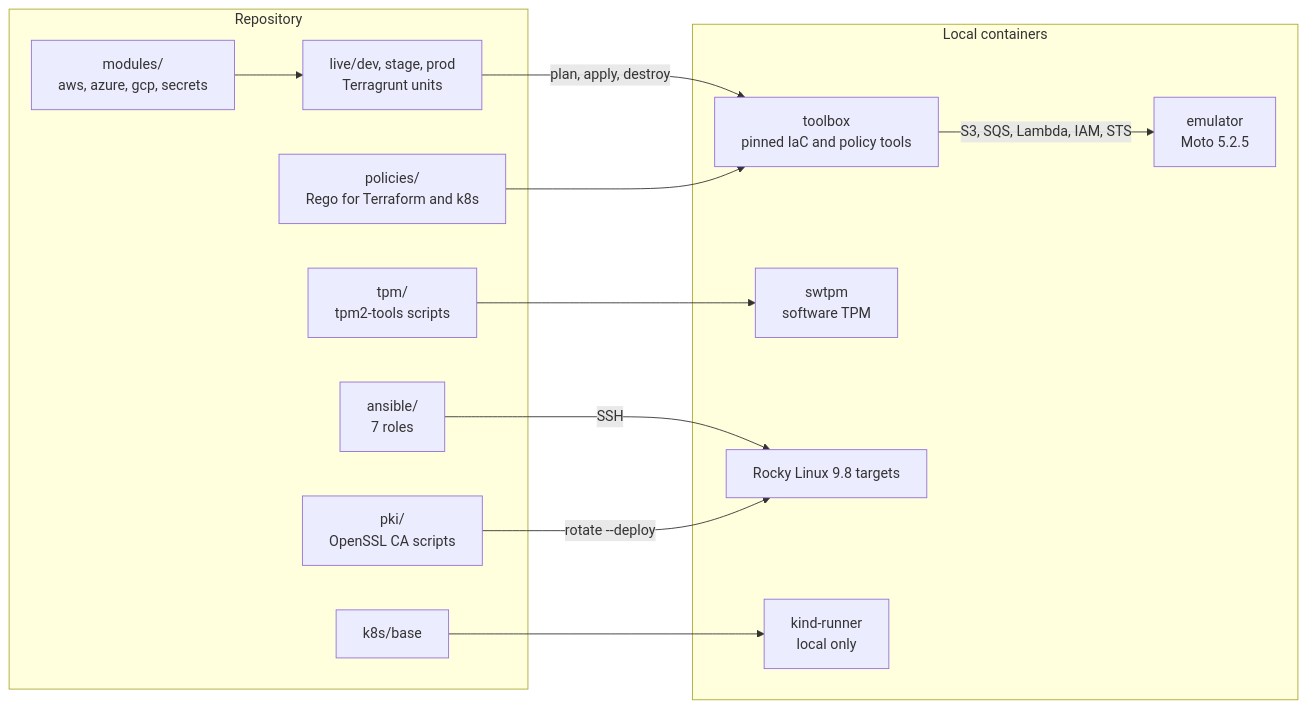
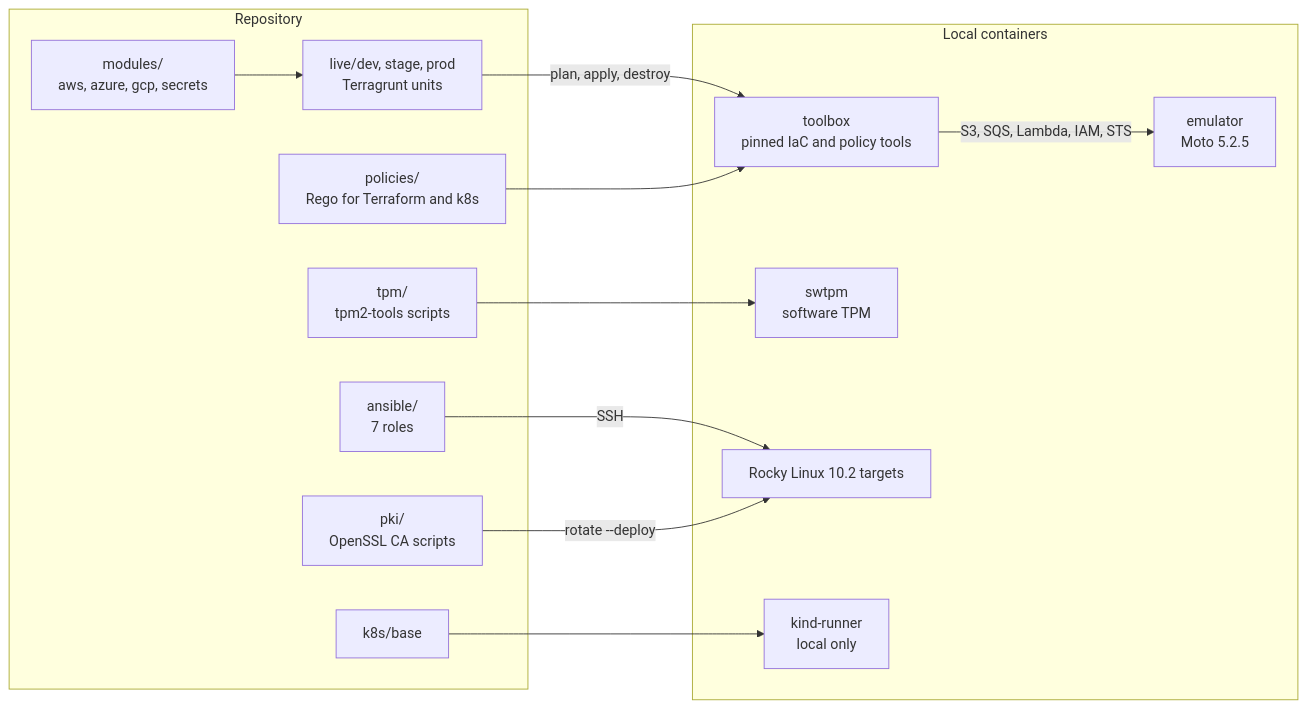
One commit to siiick-brain/kiln-infra-factory changed the diagram in README.md. Above: the diagram before and after it, drawn with Mermaid. The commit also changed 8 other files, not shown here.

````diff
--- a/README.md
+++ b/README.md
@@ -9,26 +9,26 @@
 ```mermaid
 flowchart LR
   subgraph repo["Repository"]
     mods["modules/<br/>aws, azure, gcp, secrets"]
     live["live/dev, stage, prod<br/>Terragrunt units"]
     pol["policies/<br/>Rego for Terraform and k8s"]
     ans["ansible/<br/>7 roles"]
     pki["pki/<br/>OpenSSL CA scripts"]
     tpm["tpm/<br/>tpm2-tools scripts"]
     k8s["k8s/base"]
   end
   subgraph local["Local containers"]
     tb["toolbox<br/>pinned IaC and policy tools"]
     moto["emulator<br/>Moto 5.2.5"]
     sw["swtpm<br/>software TPM"]
-    rocky["Rocky Linux 9.8 targets"]
+    rocky["Rocky Linux 10.2 targets"]
     kind["kind-runner<br/>local only"]
   end
   mods --> live -->|plan, apply, destroy| tb
   tb -->|S3, SQS, Lambda, IAM, STS| moto
   pol --> tb
   ans -->|SSH| rocky
   pki -->|rotate --deploy| rocky
   tpm --> sw
   k8s --> kind
 ```
````
